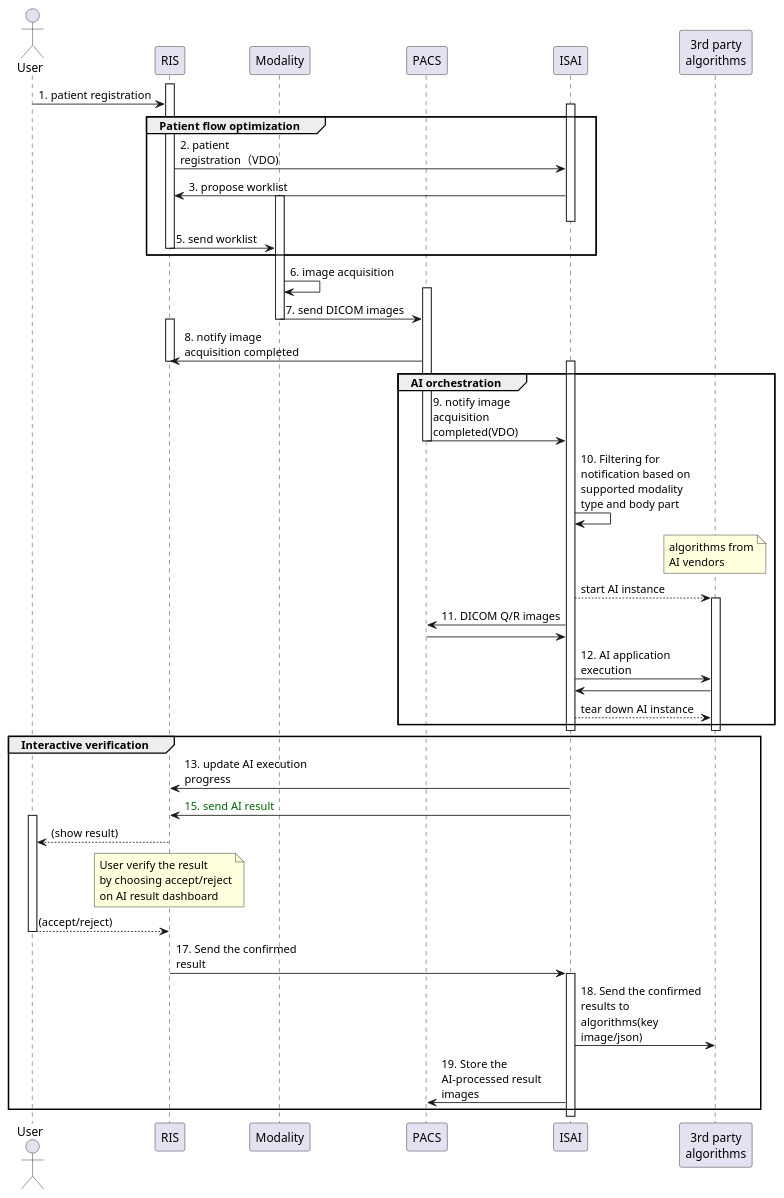
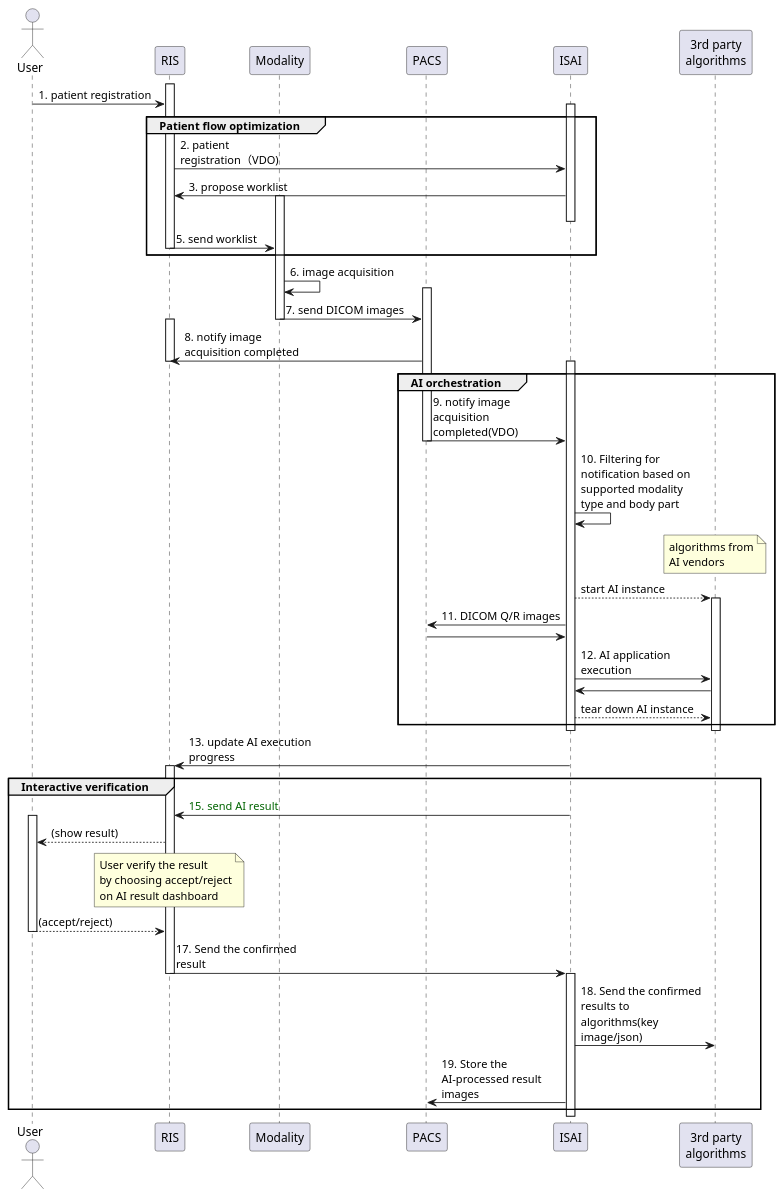
One commit to xmiao/AI.interoperability changed the diagram in input/images-source/uc4.plantuml. Above: the diagram before and after it, drawn with PlantUML. The commit also changed other lines of this file, not shown here.

```diff
--- a/input/images-source/uc4.plantuml
+++ b/input/images-source/uc4.plantuml
@@ -1,70 +1,70 @@
 @startuml
 skinparam maxMessageSize 150
 
 actor "User" as U
 participant "RIS" as R
 participant "Modality" as M
 participant "PACS" as P
 participant "ISAI" as I
 participant "3rd party\nalgorithms" as S
 
 activate R
 U -> R: 1. patient registration
 activate I
 group Patient flow optimization
 R -> I: 2. patient registration（VDO)
 R <- I: 3. propose worklist
 activate M
 deactivate I
 R -> M: 5. send worklist
 deactivate R
 end
 
 M -> M: 6. image acquisition
 activate P
 M -> P: 7. send DICOM images
 deactivate M
 activate R
 P -> R: 8. notify image acquisition completed
 deactivate R
 group AI orchestration
 activate I
 P -> I: 9. notify image acquisition completed(VDO)
 deactivate P
 
 I -> I: 10. Filtering for notification based on supported modality type and body part
 note over S
 algorithms from
 AI vendors
 end note
 I --> S: start AI instance
 activate S
 P <- I: 11. DICOM Q/R images
 P -> I:
 I -> S: 12. AI application execution
 I <- S:
 I --> S: tear down AI instance
 end
 deactivate S
 deactivate I
+I -> R: 13. update AI execution progress
 
 group Interactive verification
 activate R
-I -> R: 13. update AI execution progress
 I -> R: <font color="darkgreen">15. send AI result
 activate U
 R --> U: (show result)
 note over R
 User verify the result
 by choosing accept/reject
 on AI result dashboard
 end note
 U --> R: (accept/reject)
 deactivate U
 R -> I: 17. Send the confirmed result
 deactivate R
 activate I
 I -> S: 18. Send the confirmed results to algorithms(key image/json)
 I -> P: 19. Store the AI-processed result images
 end
 @enduml
```
